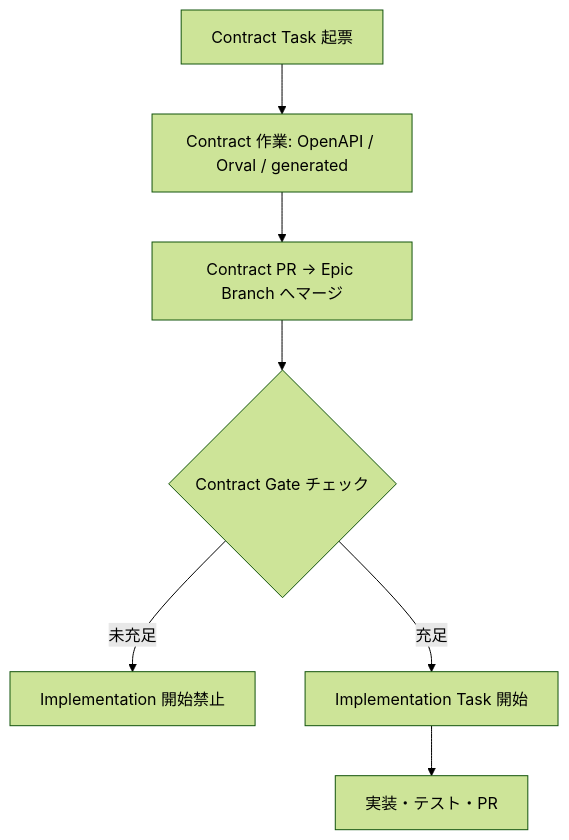
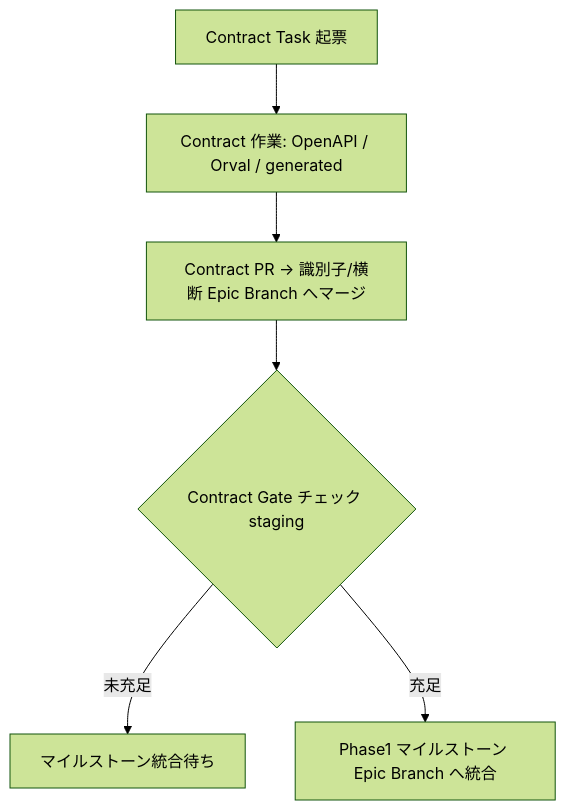
Before and after one commit to ryo-chan-k6/GiftRecommendAPP_MVP_CYCLE_3: the first of 3 diagrams in docs/00_共通/AIエージェント運用/Contract Gate運用設計書.md, drawn with Mermaid (forest theme). The commit also changed other lines of this file and 7 other files, not shown here.

````diff
--- a/docs/00_共通/AIエージェント運用/Contract Gate運用設計書.md
+++ b/docs/00_共通/AIエージェント運用/Contract Gate運用設計書.md
@@ -117,9 +120,8 @@
 ```mermaid
 flowchart TD
   A[Contract Task 起票] --> B[Contract 作業: OpenAPI / Orval / generated]
-  B --> C[Contract PR → Epic Branch へマージ]
-  C --> D{Contract Gate チェック}
-  D -->|未充足| E[Implementation 開始禁止]
-  D -->|充足| F[Implementation Task 開始]
-  F --> G[実装・テスト・PR]
+  B --> C[Contract PR → 識別子/横断 Epic Branch へマージ]
+  C --> D{Contract Gate チェック staging}
+  D -->|未充足| E[マイルストーン統合待ち]
+  D -->|充足| F[Phase1 マイルストーン Epic Branch へ統合]
 ```
````
